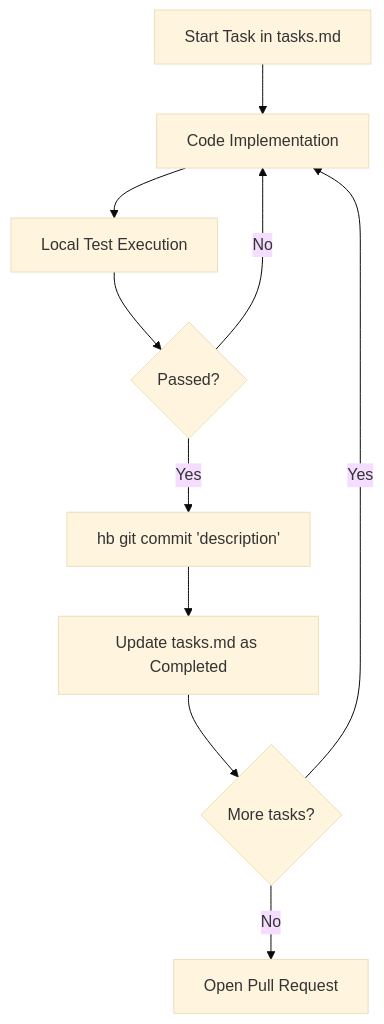
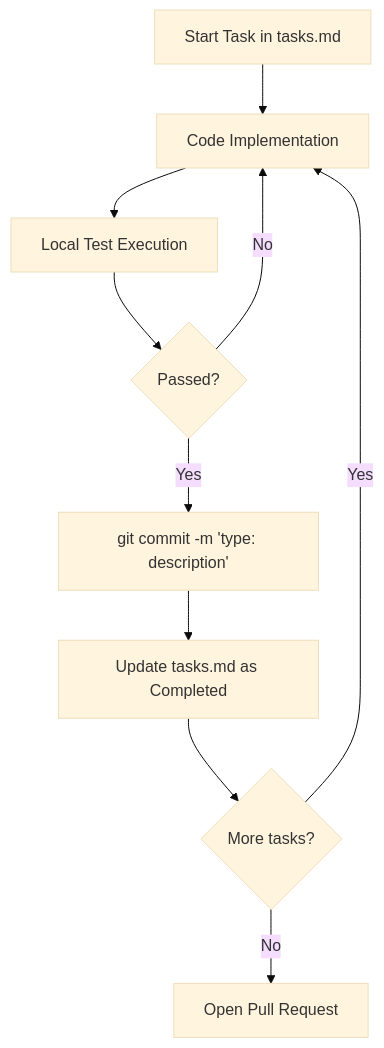
One commit to KlebersonCollab/skills changed the diagram in git-workflow/SKILL.md. Above: the diagram before and after it, drawn with Mermaid (base theme). The commit also changed other lines of this file and 6 other files, not shown here.

````diff
--- a/git-workflow/SKILL.md
+++ b/git-workflow/SKILL.md
@@ -90,12 +90,12 @@
 ```mermaid
 graph TD
     A[Start Task in tasks.md] --> B[Code Implementation]
     B --> C[Local Test Execution]
     C --> D{Passed?}
     D -- No --> B
-    D -- Yes --> E["hb git commit 'description'"]
+    D -- Yes --> E["git commit -m 'type: description'"]
     E --> F[Update tasks.md as Completed]
     F --> G{More tasks?}
     G -- Yes --> B
     G -- No --> H[Open Pull Request]
 ```
````
